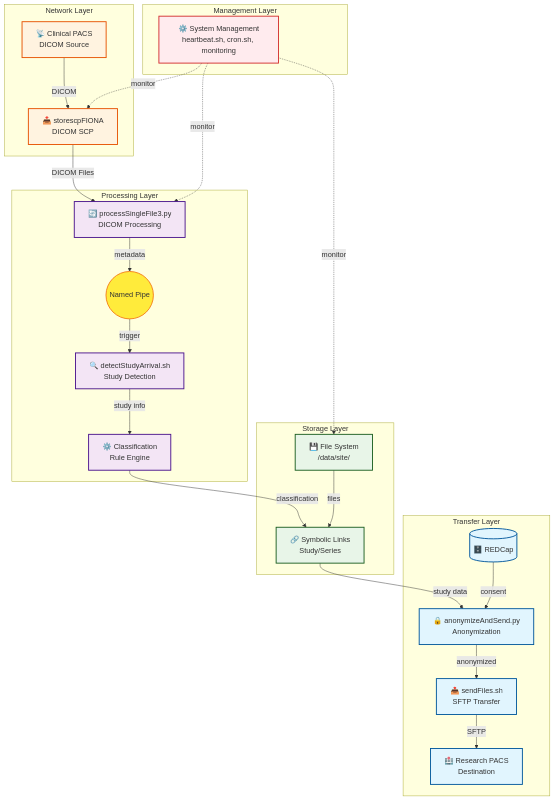
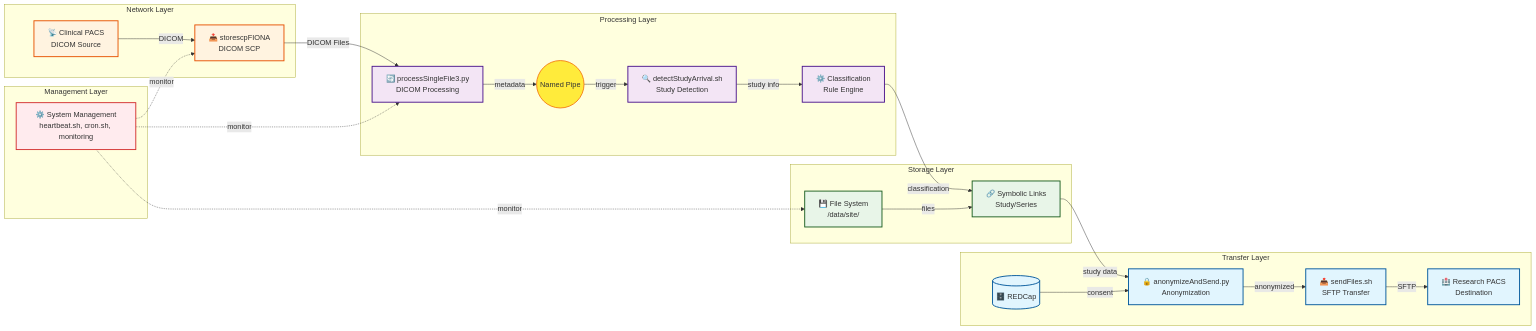
Before and after one commit to mmiv-center/FionaDocs: the diagram in docs/source/Architecture/overview.rst, drawn with Mermaid. The commit also changed other lines of this file and 86 other files, not shown here.

```diff
--- a/docs/source/Architecture/overview.rst
+++ b/docs/source/Architecture/overview.rst
@@ -6,63 +6,63 @@
 .. mermaid::    
     
-    graph TB
+    flowchart LR
         subgraph network [" Network Layer "]
             PACS[📡 Clinical PACS<br/>DICOM Source]
             StoreSCP[📥 storescpFIONA<br/>DICOM SCP]
         end
         
         subgraph processing [" Processing Layer "]
             ProcessFile[🔄 processSingleFile3.py<br/>DICOM Processing]
             DetectStudy[🔍 detectStudyArrival.sh<br/>Study Detection]
             Classification[⚙️ Classification<br/>Rule Engine]
             NamedPipe((Named Pipe))
         end
         
         subgraph storage [" Storage Layer "]
             FileSystem[💾 File System<br/>/data/site/]
             SymLinks[🔗 Symbolic Links<br/>Study/Series]
         end
         
         subgraph transfer [" Transfer Layer "]
             Anonymize[🔒 anonymizeAndSend.py<br/>Anonymization]
             SendFiles[📤 sendFiles.sh<br/>SFTP Transfer]
             ResPACS[🏥 Research PACS<br/>Destination]
             REDCap[(🗄️ REDCap)]
         end
         
         subgraph mgmt [" Management Layer "]
             Management[⚙️ System Management<br/>heartbeat.sh, cron.sh, monitoring]
         end
         
         %% Data Flow
         PACS -->|DICOM| StoreSCP
         StoreSCP -->|DICOM Files| ProcessFile
         ProcessFile -->|metadata| NamedPipe
         NamedPipe -->|trigger| DetectStudy
         DetectStudy -->|study info| Classification
         Classification -->|classification| SymLinks
         FileSystem -->|files| SymLinks
         SymLinks -->|study data| Anonymize
         Anonymize -->|anonymized| SendFiles
         SendFiles -->|SFTP| ResPACS
         REDCap -->|consent| Anonymize
         
         %% Management connections
         Management -.->|monitor| StoreSCP
         Management -.->|monitor| ProcessFile
         Management -.->|monitor| FileSystem
         
         %% Styling
         classDef network fill:#fff3e0,stroke:#e65100,stroke-width:2px
         classDef process fill:#f3e5f5,stroke:#4a148c,stroke-width:2px
         classDef storage fill:#e8f5e8,stroke:#1b5e20,stroke-width:2px
         classDef transfer fill:#e1f5fe,stroke:#01579b,stroke-width:2px
         classDef mgmt fill:#ffebee,stroke:#d32f2f,stroke-width:2px
         classDef pipe fill:#ffeb3b,stroke:#f57f17,stroke-width:2px
         
         class PACS,StoreSCP network
         class ProcessFile,DetectStudy,Classification process
         class FileSystem,SymLinks storage
         class Anonymize,SendFiles,ResPACS,REDCap transfer
         class Management mgmt
         class NamedPipe pipe
```
